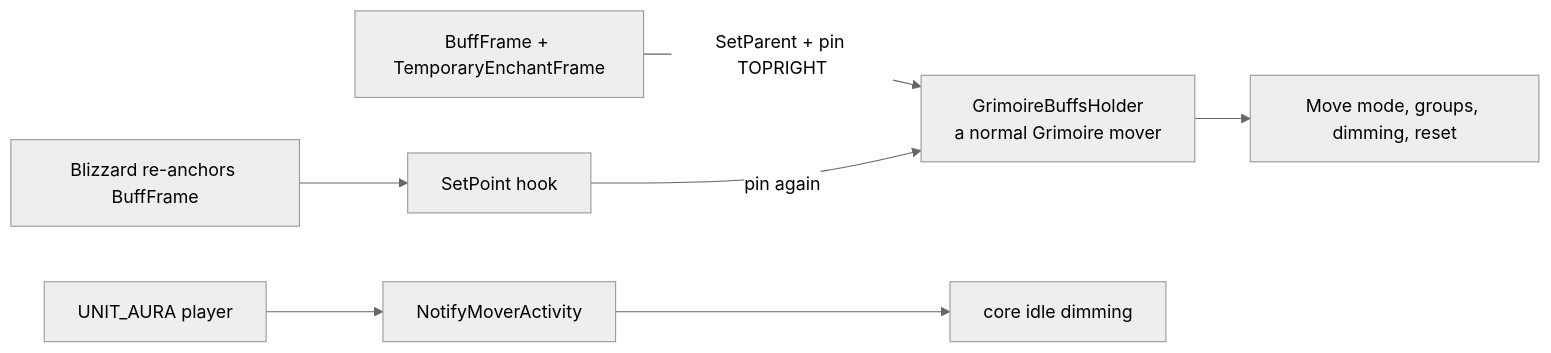
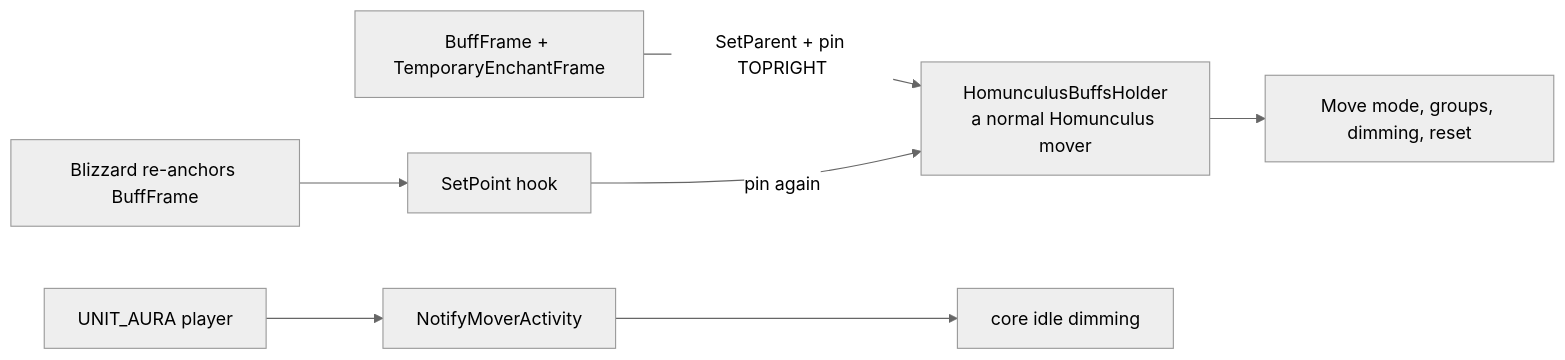
One commit to PhillypHenning/grimoire changed the second of 2 diagrams in docs/features/auras/README.md. Above: the diagram before and after it, drawn with Mermaid (neutral theme). The commit also changed other lines of this file and 178 other files, not shown here.

First line of the commit message:
Rename the suite from Grimoire to Homunculus (ADR 0010)

````diff
--- a/docs/features/auras/README.md
+++ b/docs/features/auras/README.md
@@ -21,7 +21,7 @@
 ```mermaid
 flowchart LR
-    B[BuffFrame + TemporaryEnchantFrame] -- SetParent + pin TOPRIGHT --> H[GrimoireBuffsHolder<br/>a normal Grimoire mover]
+    B[BuffFrame + TemporaryEnchantFrame] -- SetParent + pin TOPRIGHT --> H[HomunculusBuffsHolder<br/>a normal Homunculus mover]
     H --> M[Move mode, groups, dimming, reset]
     Blz[Blizzard re-anchors BuffFrame] --> Hook[SetPoint hook] -- pin again --> H
     UA[UNIT_AURA player] --> N[NotifyMoverActivity] --> Dim[core idle dimming]
 ```
````
